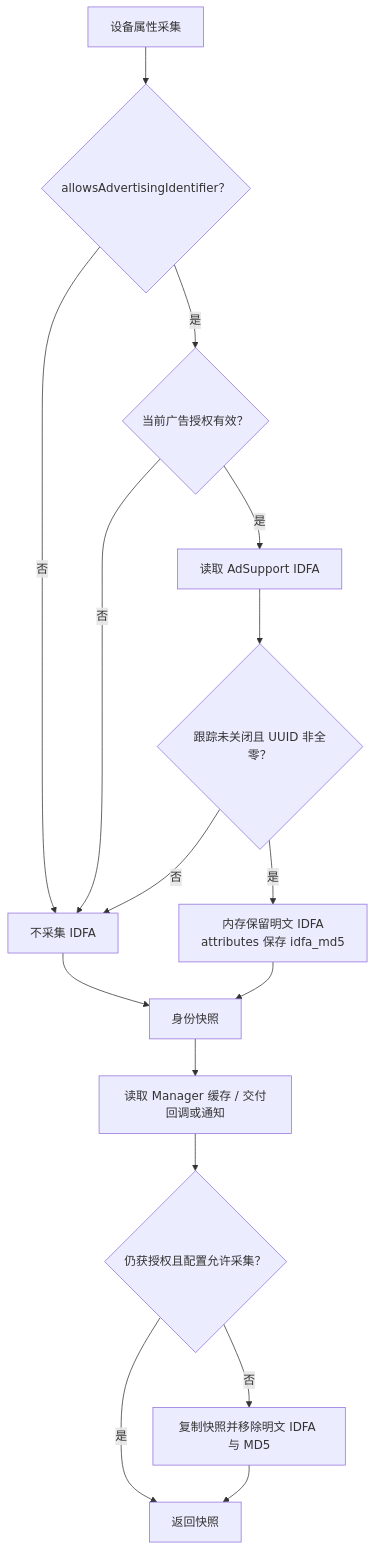
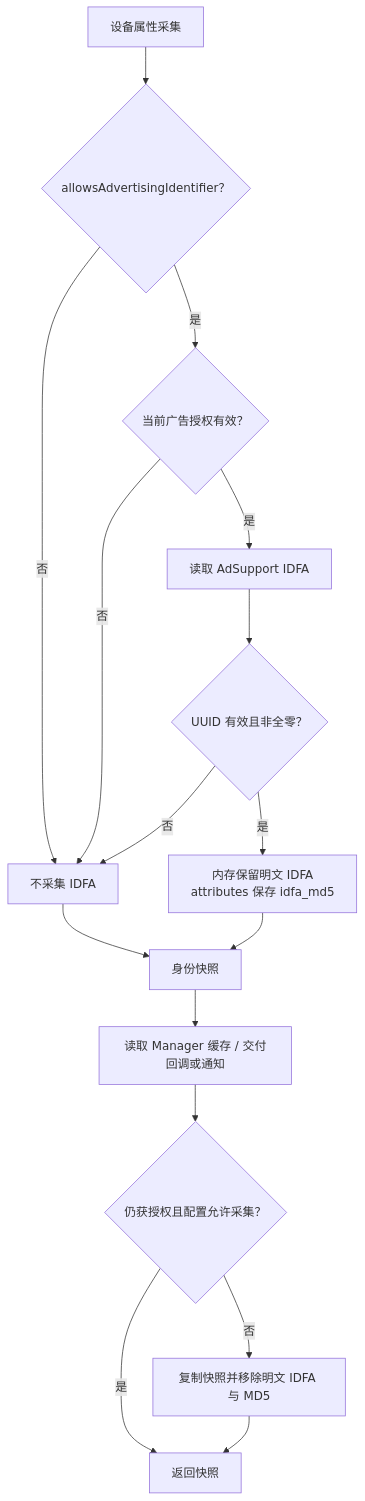
One commit to shanbozhu/TestOC changed the tenth of 14 diagrams in PBCrossAppUniqueDeviceIdentifier/Docs/FeatureFlows.md. Above: the diagram before and after it, drawn with Mermaid. The commit also changed 6 other files, not shown here.

````diff
--- a/PBCrossAppUniqueDeviceIdentifier/Docs/FeatureFlows.md
+++ b/PBCrossAppUniqueDeviceIdentifier/Docs/FeatureFlows.md
@@ -303,18 +303,18 @@
 ```mermaid
 flowchart TD
     Start["设备属性采集"] --> Allows{"allowsAdvertisingIdentifier？"}
     Allows -->|否| Omit["不采集 IDFA"]
     Allows -->|是| Authorized{"当前广告授权有效？"}
     Authorized -->|否| Omit
     Authorized -->|是| Read["读取 AdSupport IDFA"]
-    Read --> Valid{"跟踪未关闭且 UUID 非全零？"}
+    Read --> Valid{"UUID 有效且非全零？"}
     Valid -->|否| Omit
     Valid -->|是| Keep["内存保留明文 IDFA<br/>attributes 保存 idfa_md5"]
     Keep --> Snapshot["身份快照"]
     Omit --> Snapshot
     Snapshot --> Access["读取 Manager 缓存 / 交付回调或通知"]
     Access --> Recheck{"仍获授权且配置允许采集？"}
     Recheck -->|是| Return["返回快照"]
     Recheck -->|否| Strip["复制快照并移除明文 IDFA 与 MD5"]
     Strip --> Return
 ```
````
